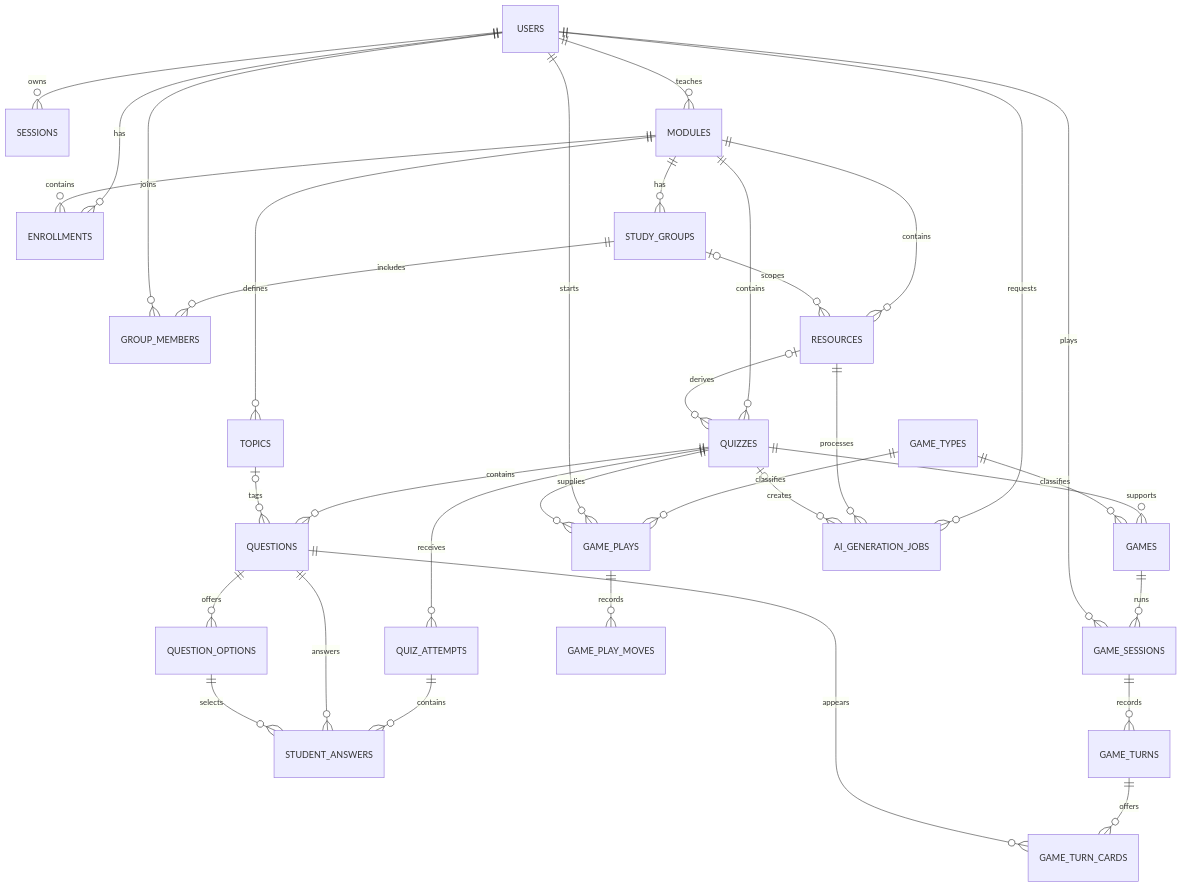
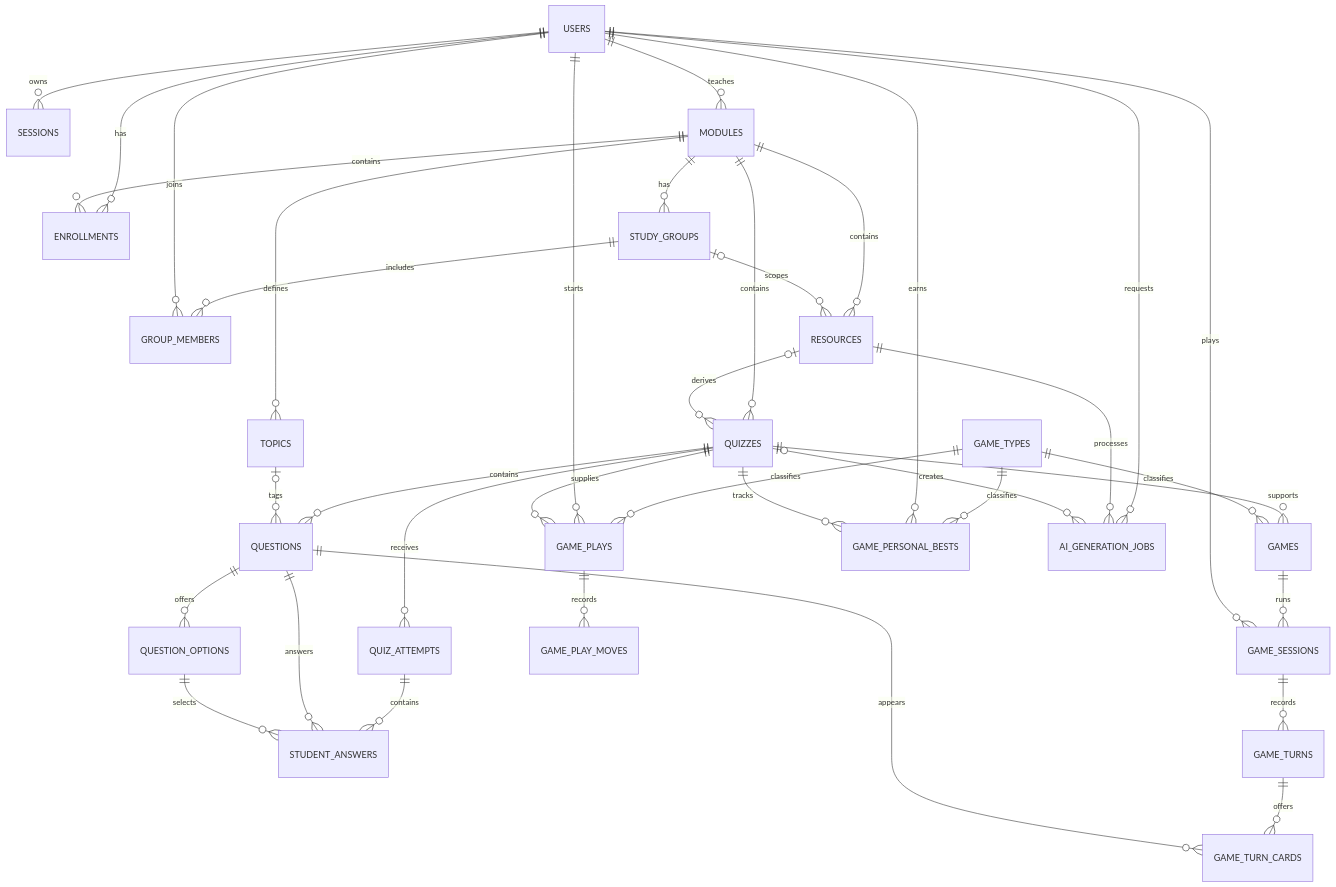
The diagram in docs/ERD.md (VeroshinNaidoo/IT-project), drawn with Mermaid before and after one commit. The commit also changed other lines of this file and 24 other files, not shown here.

````diff
--- a/docs/ERD.md
+++ b/docs/ERD.md
@@ -5,36 +5,39 @@
 ```mermaid
 erDiagram
   USERS ||--o{ SESSIONS : owns
   USERS ||--o{ MODULES : teaches
   USERS ||--o{ ENROLLMENTS : has
   MODULES ||--o{ ENROLLMENTS : contains
   MODULES ||--o{ STUDY_GROUPS : has
   STUDY_GROUPS ||--o{ GROUP_MEMBERS : includes
   USERS ||--o{ GROUP_MEMBERS : joins
   MODULES ||--o{ RESOURCES : contains
   STUDY_GROUPS o|--o{ RESOURCES : scopes
   MODULES ||--o{ TOPICS : defines
   MODULES ||--o{ QUIZZES : contains
   RESOURCES o|--o{ QUIZZES : derives
   QUIZZES ||--o{ QUESTIONS : contains
   TOPICS o|--o{ QUESTIONS : tags
   QUESTIONS ||--o{ QUESTION_OPTIONS : offers
   QUIZZES ||--o{ QUIZ_ATTEMPTS : receives
   QUIZ_ATTEMPTS ||--o{ STUDENT_ANSWERS : contains
   QUESTIONS ||--o{ STUDENT_ANSWERS : answers
   QUESTION_OPTIONS ||--o{ STUDENT_ANSWERS : selects
   QUIZZES ||--o{ GAMES : supports
   GAME_TYPES ||--o{ GAMES : classifies
   GAMES ||--o{ GAME_SESSIONS : runs
   USERS ||--o{ GAME_SESSIONS : plays
   GAME_SESSIONS ||--o{ GAME_TURNS : records
   GAME_TURNS ||--o{ GAME_TURN_CARDS : offers
   QUESTIONS ||--o{ GAME_TURN_CARDS : appears
   GAME_TYPES ||--o{ GAME_PLAYS : classifies
   USERS ||--o{ GAME_PLAYS : starts
   QUIZZES ||--o{ GAME_PLAYS : supplies
   GAME_PLAYS ||--o{ GAME_PLAY_MOVES : records
+  GAME_TYPES ||--o{ GAME_PERSONAL_BESTS : classifies
+  USERS ||--o{ GAME_PERSONAL_BESTS : earns
+  QUIZZES ||--o{ GAME_PERSONAL_BESTS : tracks
   USERS ||--o{ AI_GENERATION_JOBS : requests
   RESOURCES ||--o{ AI_GENERATION_JOBS : processes
   QUIZZES o|--o{ AI_GENERATION_JOBS : creates
 ```
````
